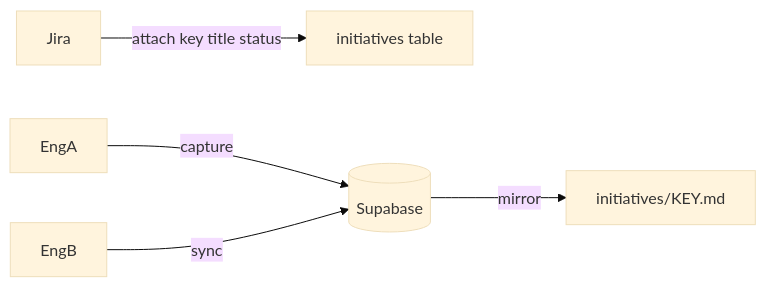
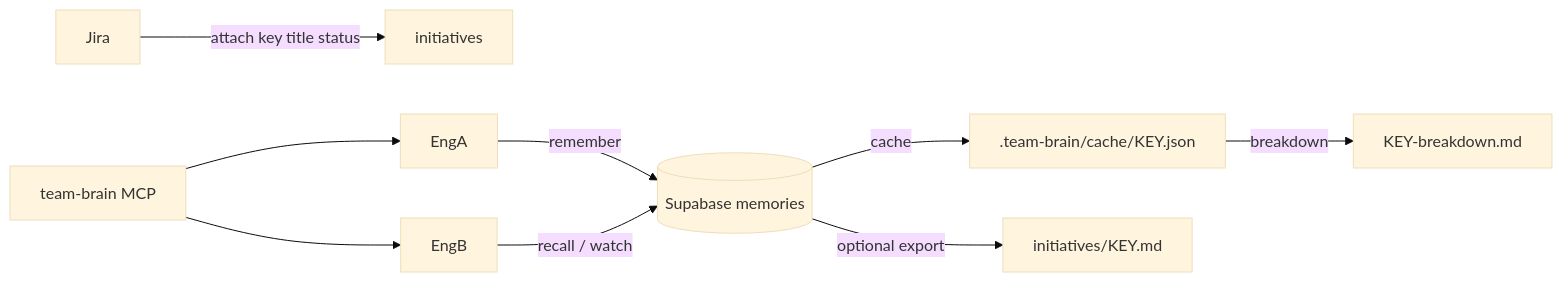
Before and after one commit to Hrithik-Gavankar/brainstack: the diagram in docs/team-brain.md, drawn with Mermaid (base theme). The commit also changed other lines of this file and 24 other files, not shown here.

Commit message:
docs(team-brain): align README, guides, and website with collaborative memory shipped state

````diff
--- a/docs/team-brain.md
+++ b/docs/team-brain.md
@@ -32,7 +38,11 @@
 ```mermaid
 flowchart LR
-  Jira -->|attach key title status| Init[initiatives table]
-  EngA -->|capture| SB[(Supabase)]
-  EngB -->|sync| SB
-  SB -->|mirror| MD["initiatives/KEY.md"]
+  Jira -->|attach key title status| Init[initiatives]
+  EngA -->|remember| SB[(Supabase memories)]
+  EngB -->|recall / watch| SB
+  SB -->|cache| JSON[".team-brain/cache/KEY.json"]
+  SB -->|optional export| MD["initiatives/KEY.md"]
+  JSON -->|breakdown| Draft["KEY-breakdown.md"]
+  MCP[team-brain MCP] --> EngA
+  MCP --> EngB
 ```
````
